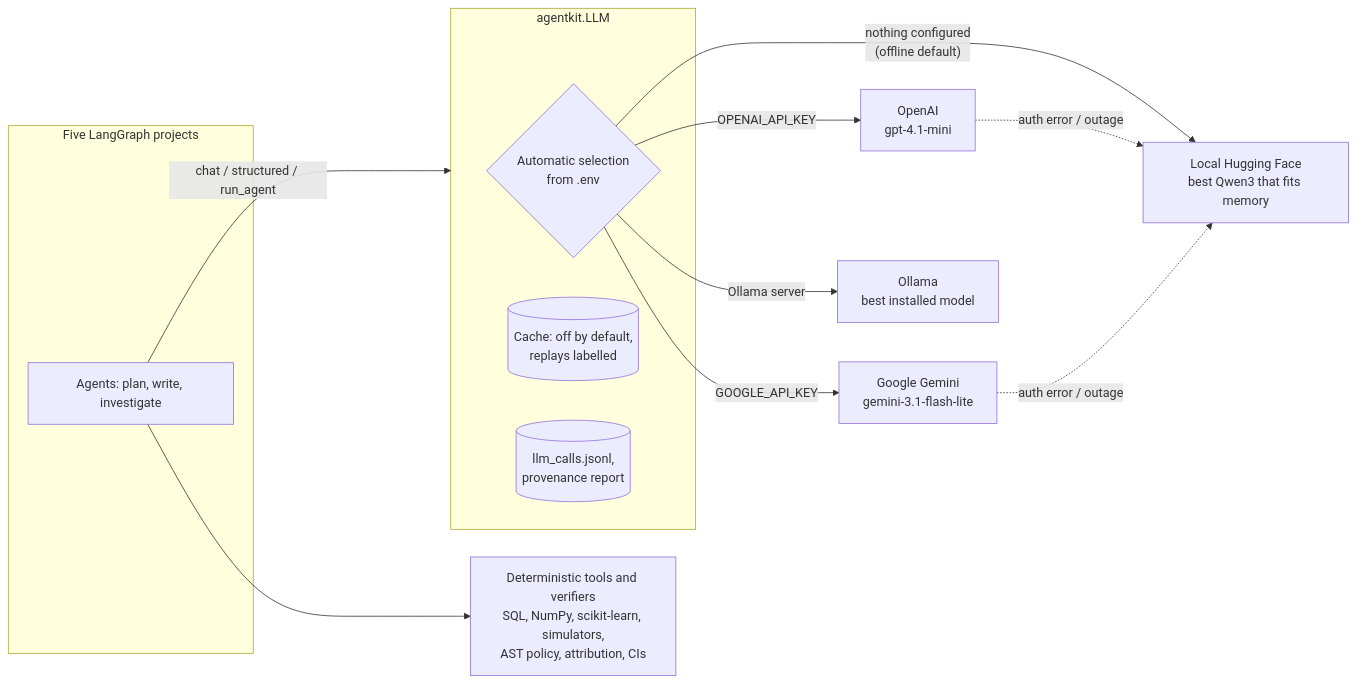
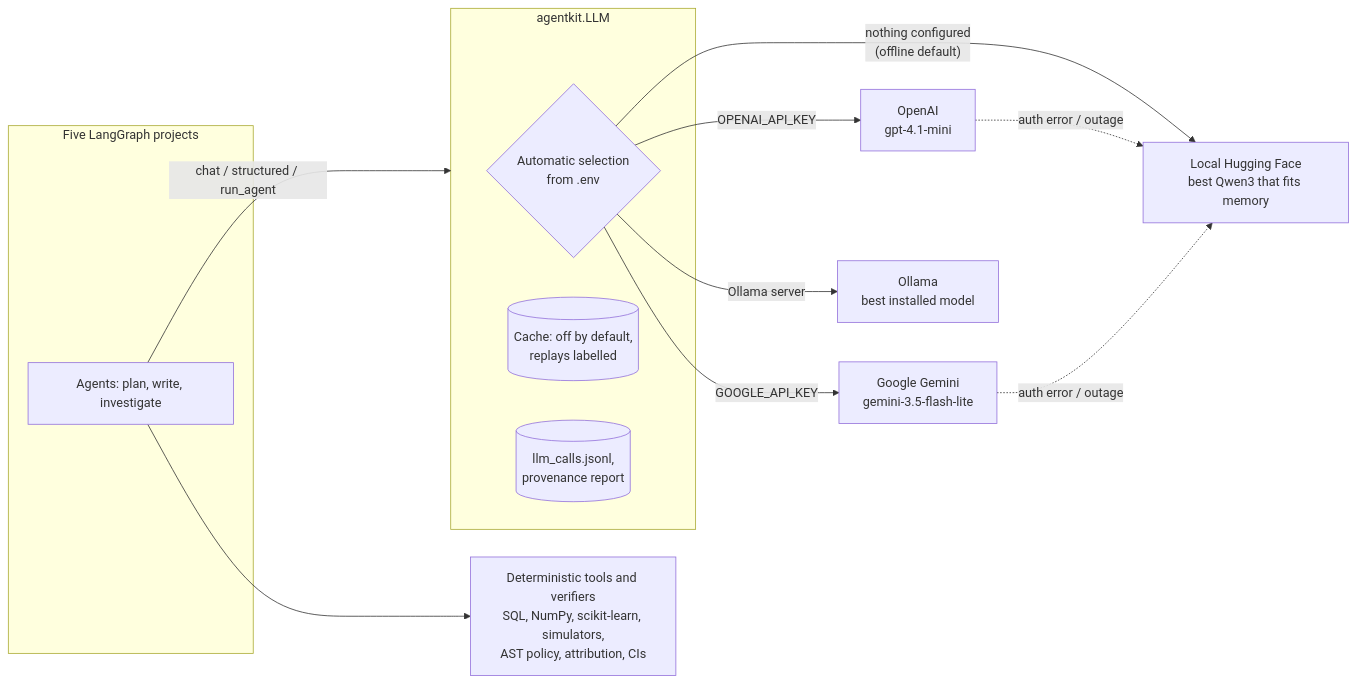
One commit to Divya171997/Divya171997 changed the diagram in Agentic AI/README.md. Above: the diagram before and after it, drawn with Mermaid. The commit also changed other lines of this file and 26 other files, not shown here.

First line of the commit message:
Agentic AI: live Google Gemini runs and API-resilience improvements

````diff
--- a/Agentic AI/README.md
+++ b/Agentic AI/README.md
@@ -17,19 +17,19 @@
 ```mermaid
 flowchart LR
     subgraph Projects["Five LangGraph projects"]
         N1[Agents: plan, write, investigate]
     end
     N1 -- "chat / structured / run_agent" --> AK
     subgraph AK["agentkit.LLM"]
         SEL{Automatic selection<br/>from .env}
         CACHE[(Cache: off by default,<br/>replays labelled)]
         LOG[(llm_calls.jsonl,<br/>provenance report)]
     end
     SEL -- OPENAI_API_KEY --> OA[OpenAI<br/>gpt-4.1-mini]
-    SEL -- GOOGLE_API_KEY --> GE[Google Gemini<br/>gemini-3.1-flash-lite]
+    SEL -- GOOGLE_API_KEY --> GE[Google Gemini<br/>gemini-3.5-flash-lite]
     SEL -- Ollama server --> OL[Ollama<br/>best installed model]
     SEL -- "nothing configured<br/>(offline default)" --> HF[Local Hugging Face<br/>best Qwen3 that fits memory]
     OA -. "auth error / outage" .-> HF
     GE -. "auth error / outage" .-> HF
     N1 --> T[Deterministic tools and verifiers<br/>SQL, NumPy, scikit-learn, simulators,<br/>AST policy, attribution, CIs]
 ```
````
